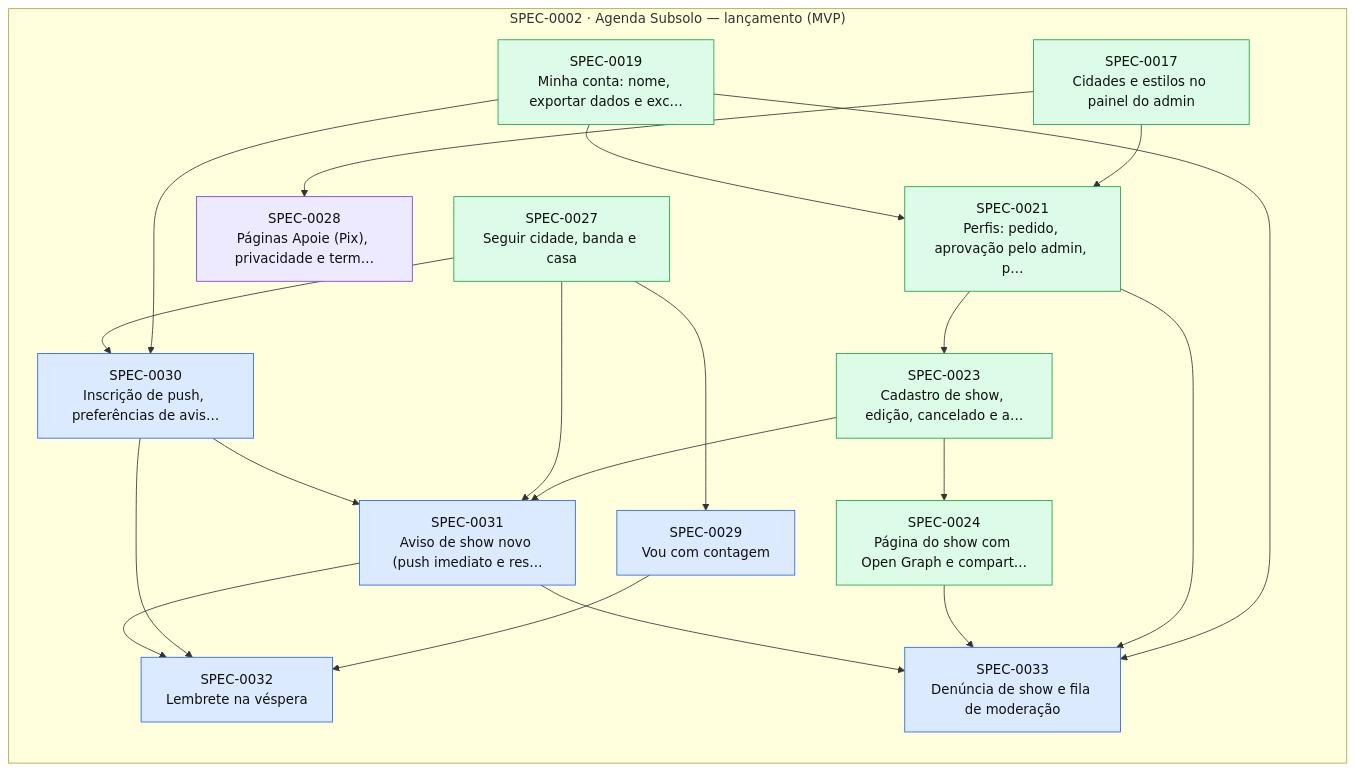
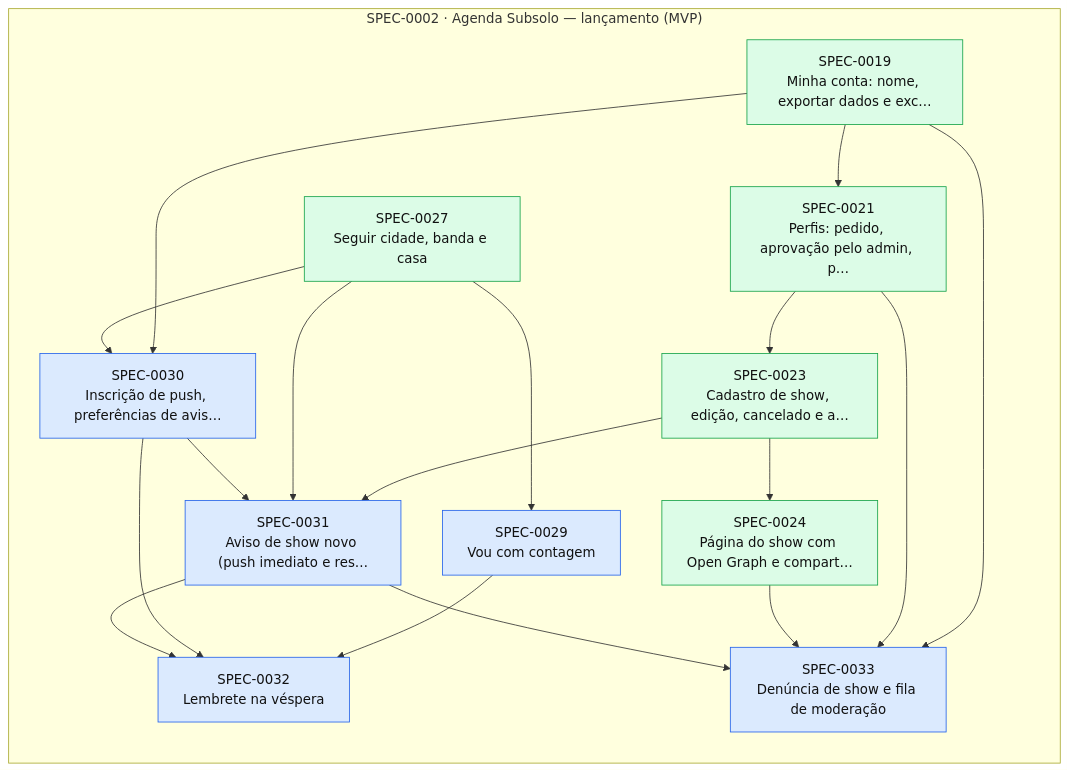
The diagram in docs/specs/INDEX.md (thomasravache/subsolo), drawn with Mermaid before and after one commit. The commit also changed other lines of this file and 3 other files, not shown here.

````diff
--- a/docs/specs/INDEX.md
+++ b/docs/specs/INDEX.md
@@ -71,40 +70,36 @@
 ```mermaid
 flowchart LR
   subgraph E0002["SPEC-0002 · Agenda Subsolo — lançamento (MVP)"]
-    S0017["SPEC-0017<br/>Cidades e estilos no painel do admin"]:::implemented
     S0019["SPEC-0019<br/>Minha conta: nome, exportar dados e exc…"]:::implemented
     S0021["SPEC-0021<br/>Perfis: pedido, aprovação pelo admin, p…"]:::implemented
     S0023["SPEC-0023<br/>Cadastro de show, edição, cancelado e a…"]:::implemented
     S0024["SPEC-0024<br/>Página do show com Open Graph e compart…"]:::implemented
     S0027["SPEC-0027<br/>Seguir cidade, banda e casa"]:::implemented
-    S0028["SPEC-0028<br/>Páginas Apoie (Pix), privacidade e term…"]:::inprogress
     S0029["SPEC-0029<br/>Vou com contagem"]:::approved
     S0030["SPEC-0030<br/>Inscrição de push, preferências de avis…"]:::approved
     S0031["SPEC-0031<br/>Aviso de show novo (push imediato e res…"]:::approved
     S0032["SPEC-0032<br/>Lembrete na véspera"]:::approved
     S0033["SPEC-0033<br/>Denúncia de show e fila de moderação"]:::approved
   end
-  S0017 --> S0021
   S0019 --> S0021
   S0021 --> S0023
   S0023 --> S0024
-  S0017 --> S0028
   S0027 --> S0029
   S0019 --> S0030
   S0027 --> S0030
   S0023 --> S0031
   S0027 --> S0031
   S0030 --> S0031
   S0029 --> S0032
   S0030 --> S0032
   S0031 --> S0032
   S0019 --> S0033
   S0021 --> S0033
   S0024 --> S0033
   S0031 --> S0033
   classDef proposed fill:#fef3c7,stroke:#d97706,color:#111
   classDef approved fill:#dbeafe,stroke:#2563eb,color:#111
   classDef inprogress fill:#ede9fe,stroke:#7c3aed,color:#111
   classDef implemented fill:#dcfce7,stroke:#16a34a,color:#111
   classDef deprecated fill:#f3f4f6,stroke:#9ca3af,color:#6b7280
 ```
````
